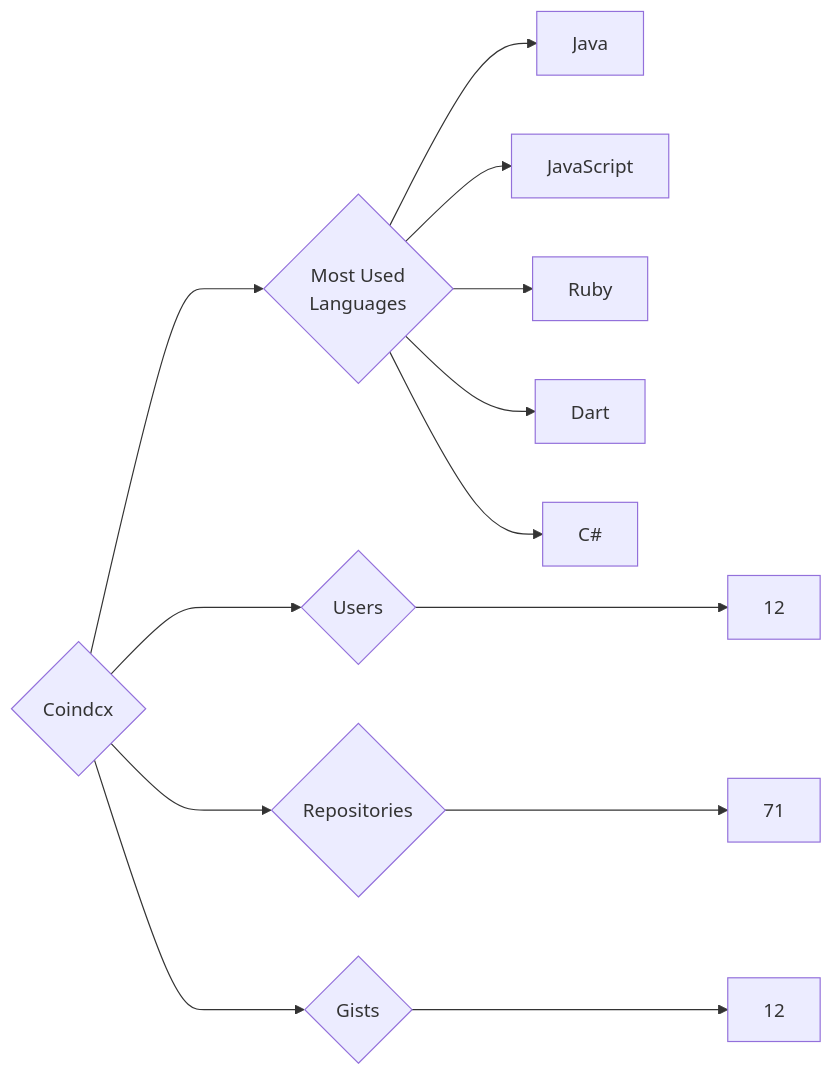
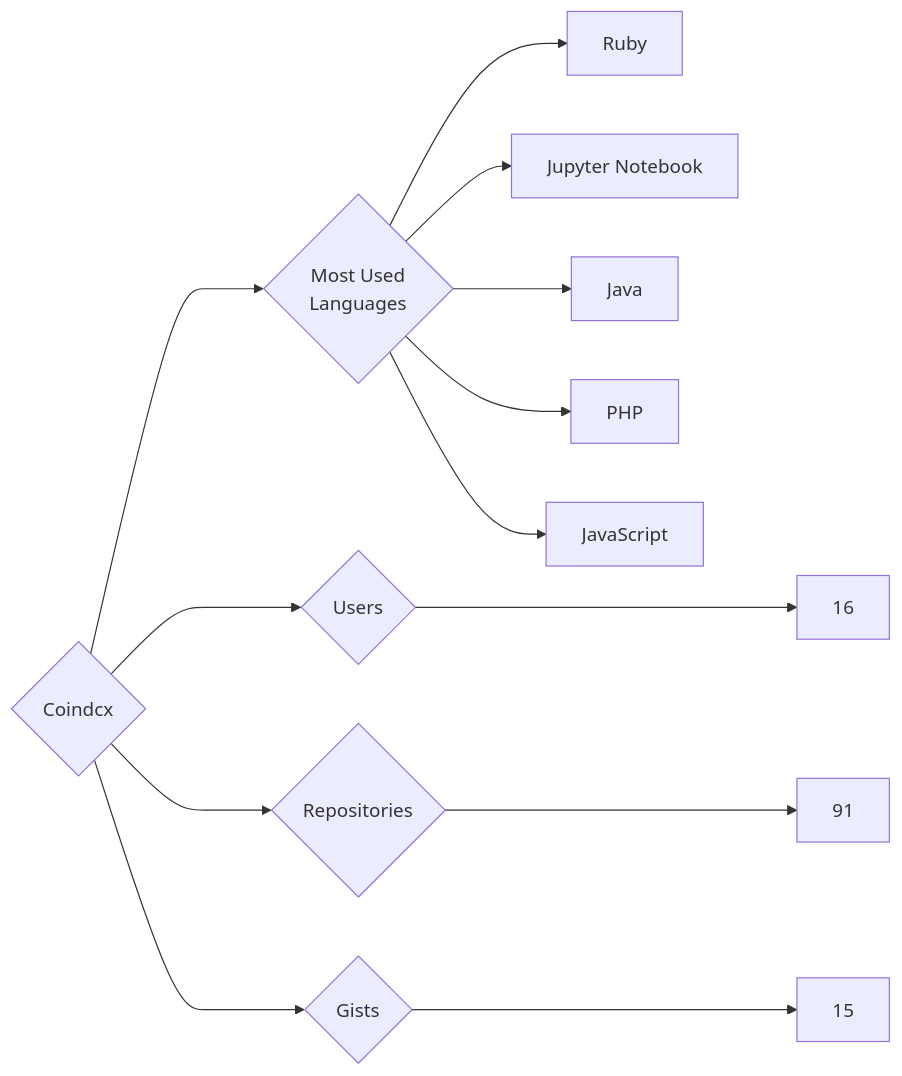
Before and after one commit to trickest/insiders: the diagram in targets/Coindcx/README.md, drawn with Mermaid. The commit also changed 927 other files, not shown here.

````diff
--- a/targets/Coindcx/README.md
+++ b/targets/Coindcx/README.md
@@ -3,13 +3,13 @@
 ```mermaid
 graph LR
 COMPANY_NAME{Coindcx}
-COMPANY_NAME ---> U{Users} ---> UN[12]
-COMPANY_NAME ---> R{Repositories} ---> RN[71]
-COMPANY_NAME ---> G{Gists} ---> GN[12]
+COMPANY_NAME ---> U{Users} ---> UN[16]
+COMPANY_NAME ---> R{Repositories} ---> RN[91]
+COMPANY_NAME ---> G{Gists} ---> GN[15]
 COMPANY_NAME ---> ML{Most Used<br>Languages}
+ML --> Ruby[Ruby]
+ML --> Jupyter_Notebook[Jupyter Notebook]
 ML --> Java[Java]
+ML --> PHP[PHP]
 ML --> JavaScript[JavaScript]
-ML --> Ruby[Ruby]
-ML --> Dart[Dart]
-ML --> C#[C#]
 ```
````
